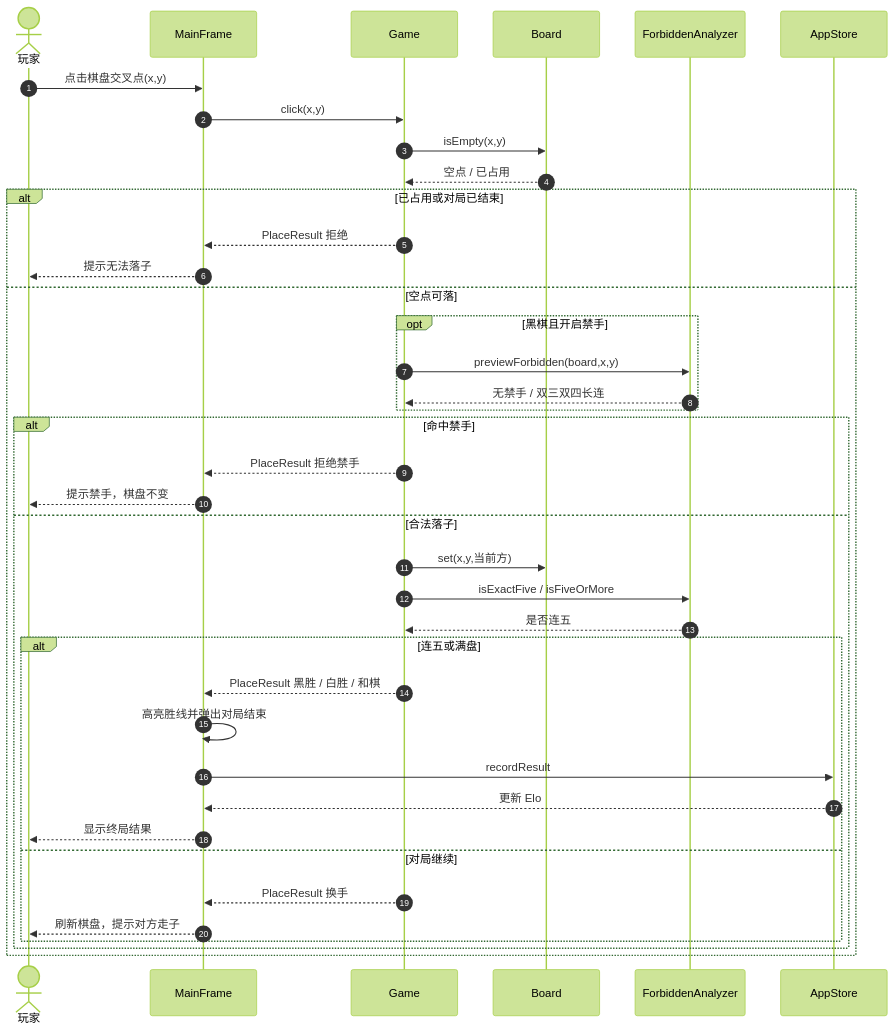
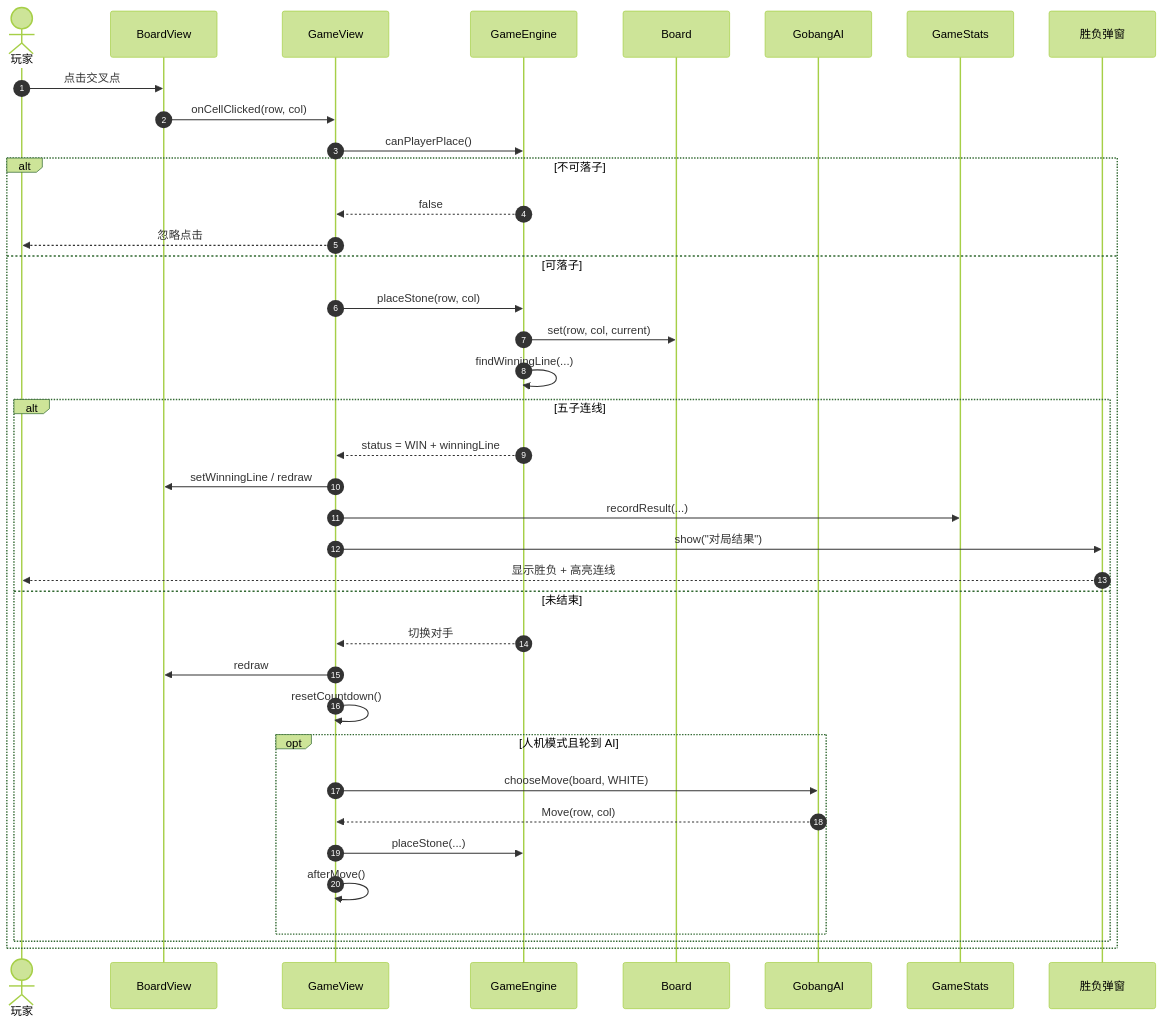
One commit to HYL926HHH/- changed the second of 3 diagrams in docs/时序图.md. Above: the diagram before and after it, drawn with Mermaid (forest theme). The commit also changed other lines of this file and 11 other files, not shown here.

First line of the commit message:
Draw startup, place-and-win, and undo/timeout sequence diagrams.

````diff
--- a/docs/时序图.md
+++ b/docs/时序图.md
@@ -17,42 +47,41 @@
 ```mermaid
 sequenceDiagram
     autonumber
-    actor P as 玩家
-    participant UI as MainFrame
-    participant Game
-    participant Board
-    participant Rules as ForbiddenAnalyzer
-    participant Store as AppStore
+    actor User as 玩家
+    participant BoardUI as BoardView
+    participant View as GameView
+    participant Engine as GameEngine
+    participant Board as Board
+    participant AI as GobangAI
+    participant Stats as GameStats
+    participant Alert as 胜负弹窗
 
-    P->>UI: 点击棋盘交叉点(x,y)
-    UI->>Game: click(x,y)
-    Game->>Board: isEmpty(x,y)
-    Board-->>Game: 空点 / 已占用
-    alt 已占用或对局已结束
-        Game-->>UI: PlaceResult 拒绝
-        UI-->>P: 提示无法落子
-    else 空点可落
-        opt 黑棋且开启禁手
-            Game->>Rules: previewForbidden(board,x,y)
-            Rules-->>Game: 无禁手 / 双三双四长连
-        end
-        alt 命中禁手
-            Game-->>UI: PlaceResult 拒绝禁手
-            UI-->>P: 提示禁手，棋盘不变
-        else 合法落子
-            Game->>Board: set(x,y,当前方)
-            Game->>Rules: isExactFive / isFiveOrMore
-            Rules-->>Game: 是否连五
-            alt 连五或满盘
-                Game-->>UI: PlaceResult 黑胜 / 白胜 / 和棋
-                UI->>UI: 高亮胜线并弹出对局结束
-                UI->>Store: recordResult
-                Store-->>UI: 更新 Elo
-                UI-->>P: 显示终局结果
-            else 对局继续
-                Game-->>UI: PlaceResult 换手
-                UI-->>P: 刷新棋盘，提示对方走子
+    User->>BoardUI: 点击交叉点
+    BoardUI->>View: onCellClicked(row, col)
+    View->>Engine: canPlayerPlace()
+    alt 不可落子
+        Engine-->>View: false
+        View-->>User: 忽略点击
+    else 可落子
+        View->>Engine: placeStone(row, col)
+        Engine->>Board: set(row, col, current)
+        Engine->>Engine: findWinningLine(...)
+        alt 五子连线
+            Engine-->>View: status = WIN + winningLine
+            View->>BoardUI: setWinningLine / redraw
+            View->>Stats: recordResult(...)
+            View->>Alert: show("对局结果")
+            Alert-->>User: 显示胜负 + 高亮连线
+        else 未结束
+            Engine-->>View: 切换对手
+            View->>BoardUI: redraw
+            View->>View: resetCountdown()
+            opt 人机模式且轮到 AI
+                View->>AI: chooseMove(board, WHITE)
+                AI-->>View: Move(row, col)
+                View->>Engine: placeStone(...)
+                View->>View: afterMove()
             end
         end
     end
 ```
````
